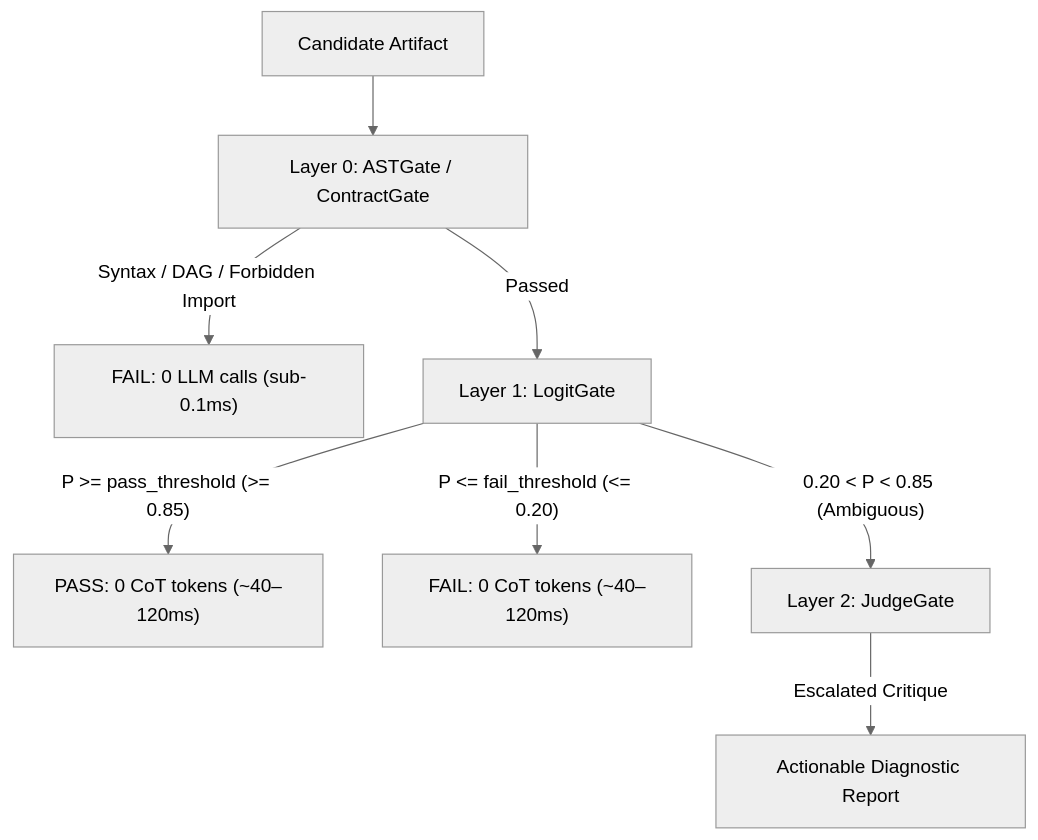
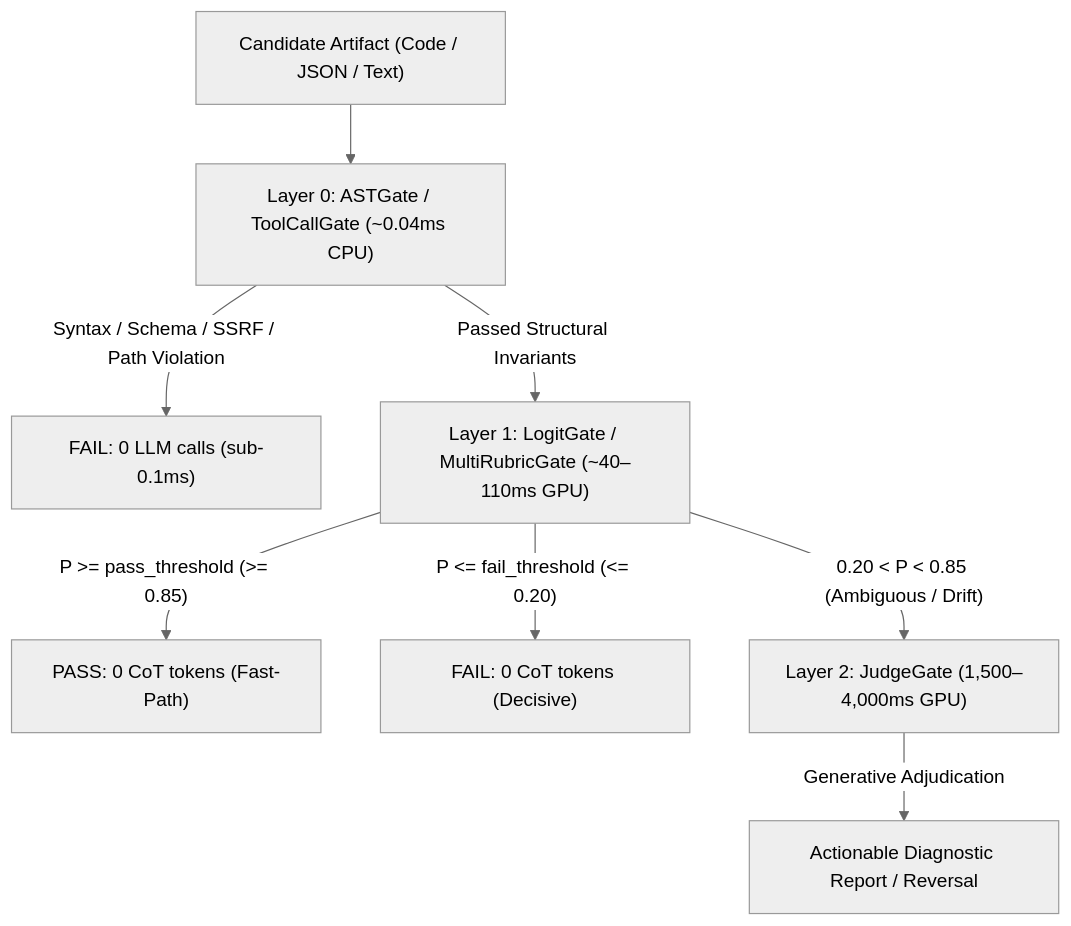
One commit to jasonbdly/LogitGate changed the first of 7 diagrams in docs/architecture.md. Above: the diagram before and after it, drawn with Mermaid (neutral theme). The commit also changed other lines of this file and 28 other files, not shown here.

````diff
--- a/docs/architecture.md
+++ b/docs/architecture.md
@@ -9,13 +15,13 @@
 ```mermaid
 flowchart TD
-    artifact["Candidate Artifact"] --> L0["Layer 0: ASTGate / ContractGate"]
+    artifact["Candidate Artifact (Code / JSON / Text)"] --> L0["Layer 0: ASTGate / ToolCallGate (~0.04ms CPU)"]
     
-    L0 -->|"Syntax / DAG / Forbidden Import"| F0["FAIL: 0 LLM calls (sub-0.1ms)"]
-    L0 -->|"Passed"| L1["Layer 1: LogitGate"]
+    L0 -->|"Syntax / Schema / SSRF / Path Violation"| F0["FAIL: 0 LLM calls (sub-0.1ms)"]
+    L0 -->|"Passed Structural Invariants"| L1["Layer 1: LogitGate / MultiRubricGate (~40–110ms GPU)"]
     
-    L1 -->|"P >= pass_threshold (>= 0.85)"| P1["PASS: 0 CoT tokens (~40–120ms)"]
-    L1 -->|"P <= fail_threshold (<= 0.20)"| F1["FAIL: 0 CoT tokens (~40–120ms)"]
-    L1 -->|"0.20 < P < 0.85 (Ambiguous)"| L2["Layer 2: JudgeGate"]
+    L1 -->|"P >= pass_threshold (>= 0.85)"| P1["PASS: 0 CoT tokens (Fast-Path)"]
+    L1 -->|"P <= fail_threshold (<= 0.20)"| F1["FAIL: 0 CoT tokens (Decisive)"]
+    L1 -->|"0.20 < P < 0.85 (Ambiguous / Drift)"| L2["Layer 2: JudgeGate (1,500–4,000ms GPU)"]
     
-    L2 -->|"Escalated Critique"| R2["Actionable Diagnostic Report"]
+    L2 -->|"Generative Adjudication"| R2["Actionable Diagnostic Report / Reversal"]
 ```
````
